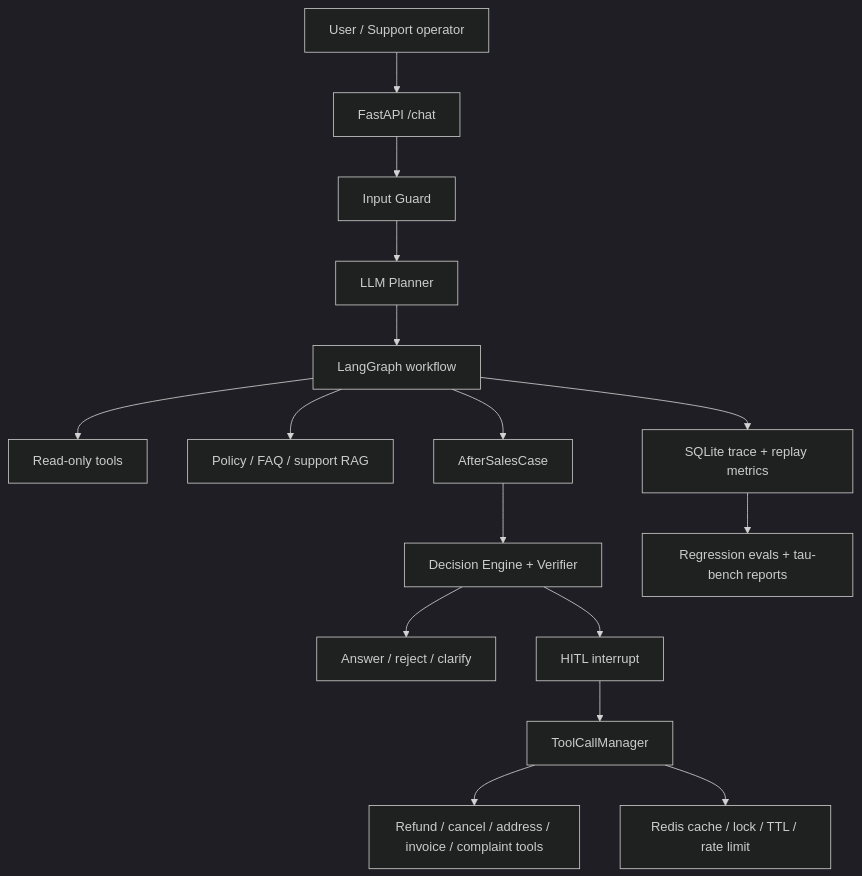
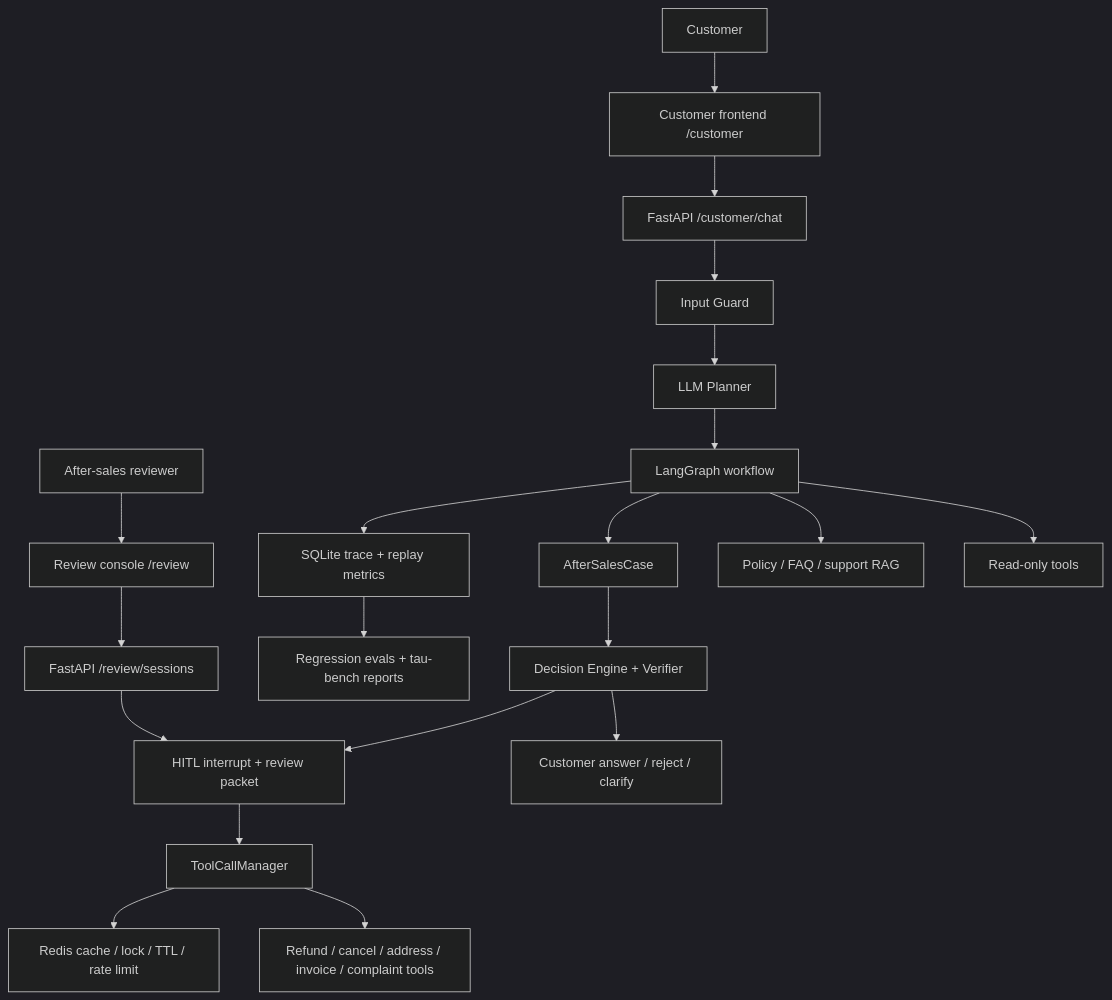
Before and after one commit to bigfish-emily/commerce-support-agent: the diagram in README.md, drawn with Mermaid (dark theme). The commit also changed other lines of this file and 49 other files, not shown here.

Commit message:
refine self-service support agent flow

````diff
--- a/README.md
+++ b/README.md
@@ -18,18 +18,22 @@
 ```mermaid
 flowchart TD
-    U[User / Support operator] --> API[FastAPI /chat]
-    API --> Guard[Input Guard]
+    C[Customer] --> CFE[Customer frontend /customer]
+    Staff[After-sales reviewer] --> RFE[Review console /review]
+    CFE --> CAPI[FastAPI /customer/chat]
+    RFE --> Review[FastAPI /review/sessions]
+    CAPI --> Guard[Input Guard]
     Guard --> Planner[LLM Planner]
     Planner --> Graph[LangGraph workflow]
     Graph --> Read[Read-only tools]
     Graph --> RAG[Policy / FAQ / support RAG]
     Graph --> Case[AfterSalesCase]
     Case --> Decision[Decision Engine + Verifier]
-    Decision --> Safe[Answer / reject / clarify]
-    Decision --> HITL[HITL interrupt]
+    Decision --> Safe[Customer answer / reject / clarify]
+    Decision --> HITL[HITL interrupt + review packet]
+    Review --> HITL
     HITL --> Tool[ToolCallManager]
     Tool --> Write[Refund / cancel / address / invoice / complaint tools]
     Tool --> Redis[Redis cache / lock / TTL / rate limit]
     Graph --> Trace[SQLite trace + replay metrics]
     Trace --> Eval[Regression evals + tau-bench reports]
 ```
````
